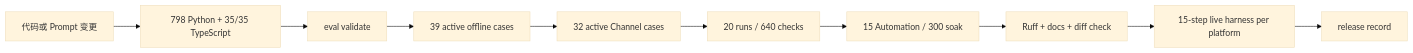
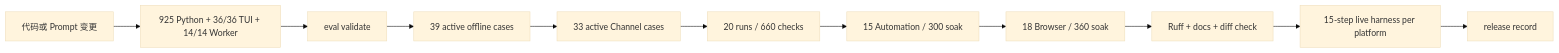
Before and after one commit to NEDONION/lobster0: the diagram in docs/evals/README.md, drawn with Mermaid (base theme). The commit also changed other lines of this file and 17 other files, not shown here.

Commit message:
docs(phase6.5): 同步 Browser architecture 与 release evidence

````diff
--- a/docs/evals/README.md
+++ b/docs/evals/README.md
@@ -18,12 +18,13 @@
 ```mermaid
 flowchart LR
-    CHANGE["代码或 Prompt 变更"] --> UNIT["798 Python + 35/35 TypeScript"]
+    CHANGE["代码或 Prompt 变更"] --> UNIT["925 Python + 36/36 TUI + 14/14 Worker"]
     UNIT --> VALIDATE["eval validate"]
     VALIDATE --> OFFLINE["39 active offline cases"]
-    OFFLINE --> CHANNEL["32 active Channel cases"]
-    CHANNEL --> SOAK["20 runs / 640 checks"]
+    OFFLINE --> CHANNEL["33 active Channel cases"]
+    CHANNEL --> SOAK["20 runs / 660 checks"]
     SOAK --> AUTO["15 Automation / 300 soak"]
-    AUTO --> RUFF["Ruff + docs + diff check"]
+    AUTO --> BROWSER["18 Browser / 360 soak"]
+    BROWSER --> RUFF["Ruff + docs + diff check"]
     RUFF --> LIVE["15-step live harness per platform"]
     LIVE --> RECORD["release record"]
 ```
````
